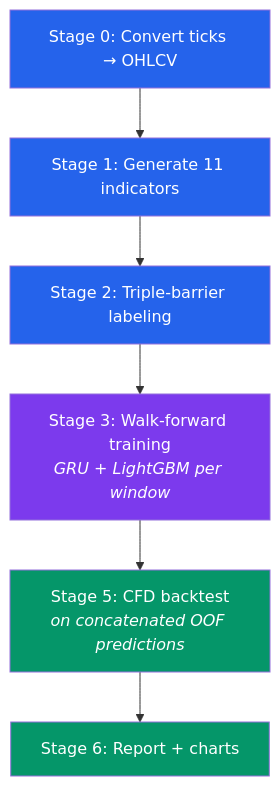
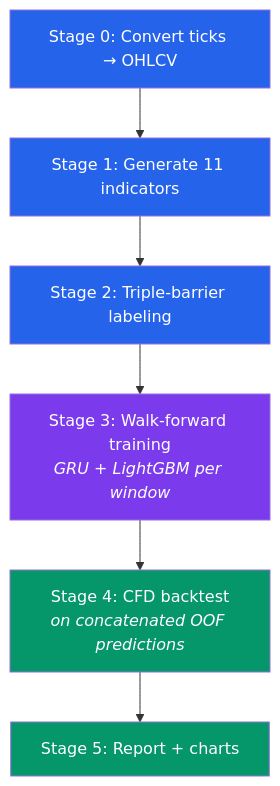
Before and after one commit to ultimateBroK/thesis-lgbm: the second of 2 diagrams in docs/QUICKSTART.md, drawn with Mermaid. The commit also changed other lines of this file and 16 other files, not shown here.

First line of the commit message:
feat: enhance configuration and pipeline for improved validation and model architecture

````diff
--- a/docs/QUICKSTART.md
+++ b/docs/QUICKSTART.md
@@ -93,15 +93,15 @@
 ```mermaid
 flowchart TD
     S0["Stage 0: Convert ticks → OHLCV"] --> S1["Stage 1: Generate 11 indicators"]
     S1 --> S2["Stage 2: Triple-barrier labeling"]
     S2 --> S3["Stage 3: Walk-forward training<br/><i>GRU + LightGBM per window</i>"]
-    S3 --> S5["Stage 5: CFD backtest<br/><i>on concatenated OOF predictions</i>"]
-    S5 --> S6["Stage 6: Report + charts"]
+    S3 --> S4["Stage 4: CFD backtest<br/><i>on concatenated OOF predictions</i>"]
+    S4 --> S5["Stage 5: Report + charts"]
 
     style S0 fill:#2563EB,color:#fff
     style S1 fill:#2563EB,color:#fff
     style S2 fill:#2563EB,color:#fff
     style S3 fill:#7C3AED,color:#fff
+    style S4 fill:#059669,color:#fff
     style S5 fill:#059669,color:#fff
-    style S6 fill:#059669,color:#fff
 ```
````
